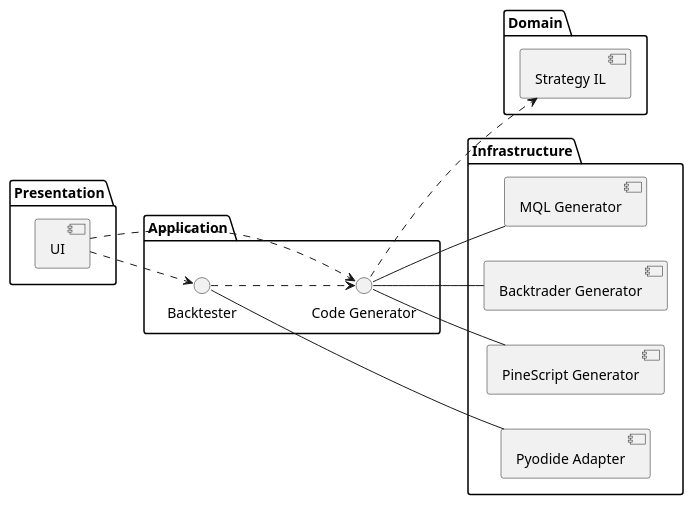
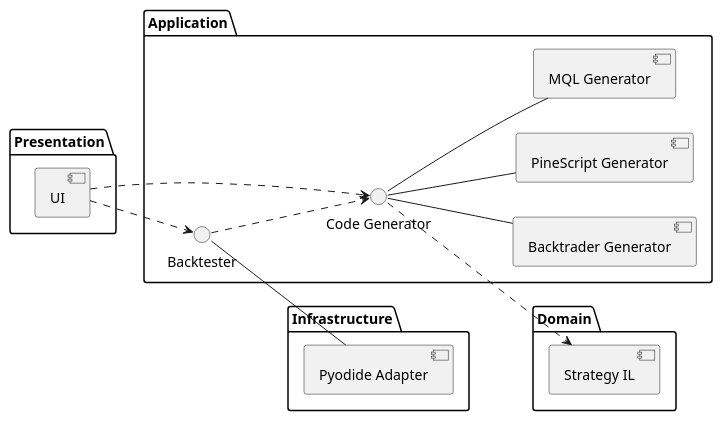
The diagram in doc/uml/component.puml (nmskm240/block_strategy), drawn with PlantUML before and after one commit. The commit also changed other lines of this file and 11 other files, not shown here.

```diff
--- a/doc/uml/component.puml
+++ b/doc/uml/component.puml
@@ -1,36 +1,36 @@
 @startuml
 left to right direction
 
 package "Presentation" {
     component UI
 }
 
 package "Domain" {
     component "Strategy IL" as StrategyIL
 }
 
 package "Application" {
     interface Backtester
     interface "Code Generator" as CodeGen
+    component "Backtrader Generator" as BacktraderGen
+    component "PineScript Generator" as PineGen
+    component "MQL Generator" as MQLGen
 }
 
 package "Infrastructure" {
     component "Pyodide Adapter" as Pyodide
-    component "Backtrader Generator" as BacktraderGen
-    component "PineScript Generator" as PineGen
-    component "MQL Generator" as MQLGen
 }
 
 UI ..> Backtester
 UI ..> CodeGen
 
 Backtester ..> CodeGen
 CodeGen ..> StrategyIL
 
 
 Backtester -- Pyodide
 CodeGen -- BacktraderGen
 CodeGen -- PineGen
 CodeGen -- MQLGen
 
 @enduml
```
